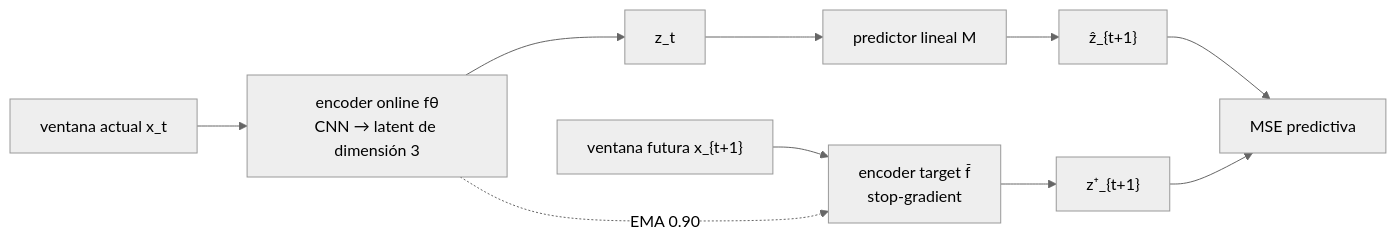
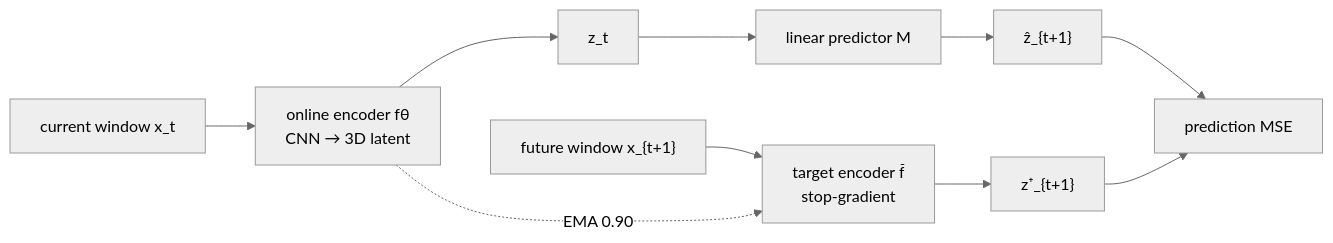
One commit to micmich05/koopman-jepa changed the diagram in README.md. Above: the diagram before and after it, drawn with Mermaid (neutral theme). The commit also changed other lines of this file and 30 other files, not shown here.

````diff
--- a/README.md
+++ b/README.md
@@ -55,9 +57,9 @@
 ```mermaid
 flowchart LR
-    X["ventana actual x_t"] --> E["encoder online fθ<br/>CNN → latent de dimensión 3"]
-    E --> Z["z_t"] --> M["predictor lineal M"] --> P["ẑ_{t+1}"]
-    Y["ventana futura x_{t+1}"] --> T["encoder target f̄<br/>stop-gradient"] --> ZP["z⁺_{t+1}"]
-    P --> L["MSE predictiva"]
+    X["current window x_t"] --> E["online encoder fθ<br/>CNN → 3D latent"]
+    E --> Z["z_t"] --> M["linear predictor M"] --> P["ẑ_{t+1}"]
+    Y["future window x_{t+1}"] --> T["target encoder f̄<br/>stop-gradient"] --> ZP["z⁺_{t+1}"]
+    P --> L["prediction MSE"]
     ZP --> L
     E -. "EMA 0.90" .-> T
 ```
````
